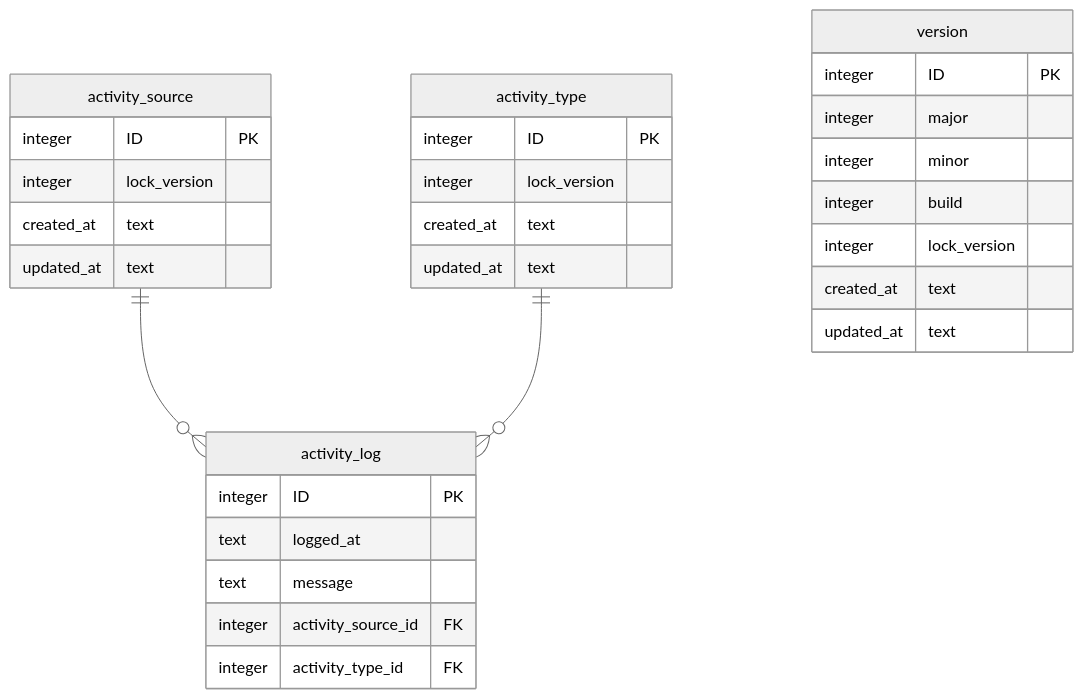
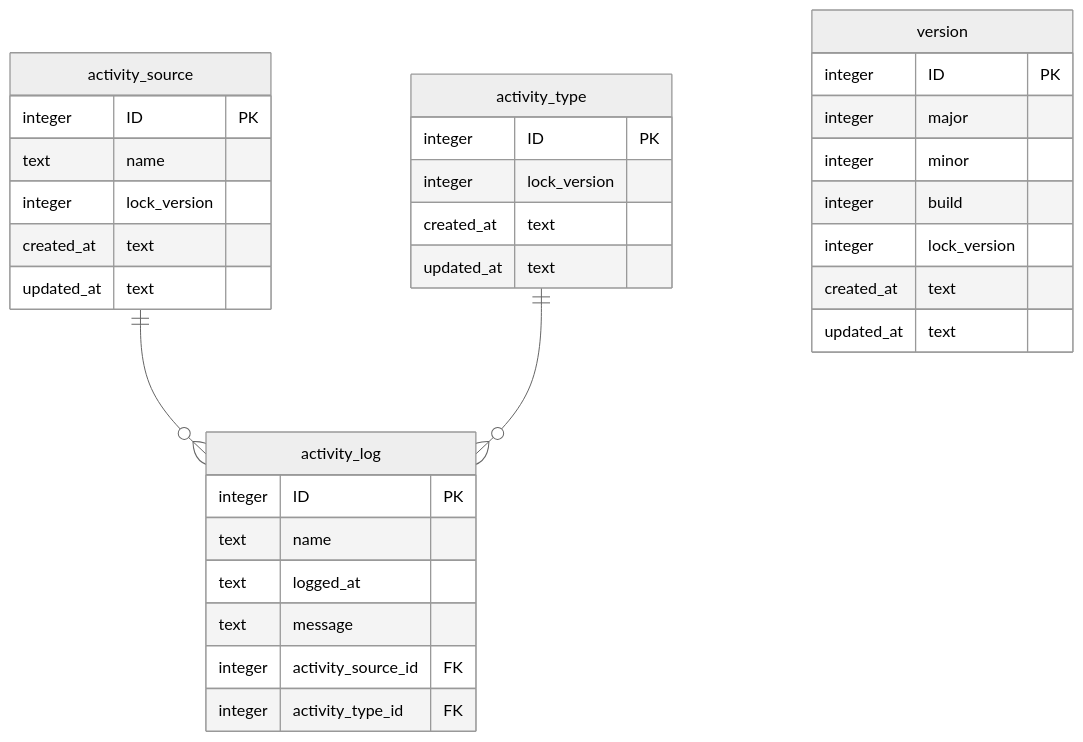
One commit to dooley-ch/mistral changed the first of 2 diagrams in docs/sqlite.md. Above: the diagram before and after it, drawn with Mermaid (neutral theme). The commit also changed other lines of this file and 4 other files, not shown here.

````diff
--- a/docs/sqlite.md
+++ b/docs/sqlite.md
@@ -9,37 +9,39 @@
 ```mermaid
 erDiagram
     activity_source ||--o{ activity_log : ""
     activity_type ||--o{ activity_log : ""
     
     version {
         integer ID PK
         integer major
         integer minor
         integer build
         integer lock_version
         created_at text
         updated_at text
     }
     
     activity_log {
         integer ID PK
+        text name
         text logged_at  
         text message
         integer activity_source_id FK
         integer activity_type_id FK      
     }
     
     activity_source {
         integer ID PK
+        text name
         integer lock_version
         created_at text
         updated_at text
     }
     
     activity_type {
         integer ID PK    
         integer lock_version
         created_at text
         updated_at text
     }
 ```
````
